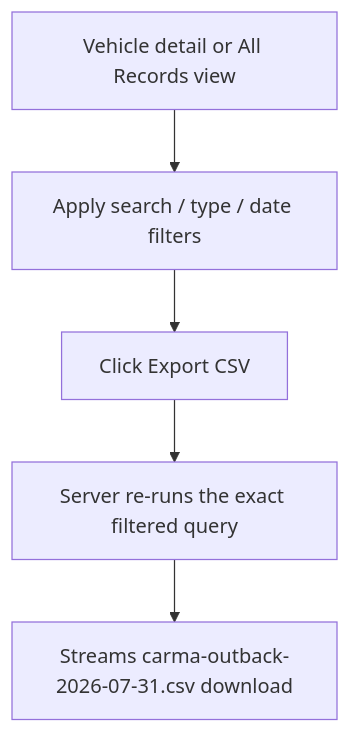
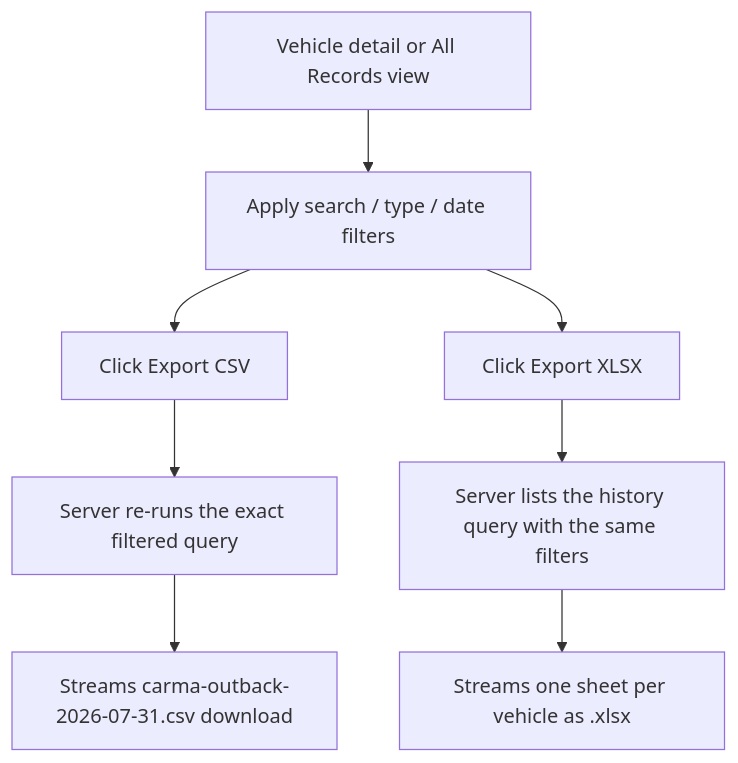
One commit to bitofbytes-io/carma changed the fourth of 4 diagrams in docs/UI.md. Above: the diagram before and after it, drawn with Mermaid. The commit also changed other lines of this file and 17 other files, not shown here.

First line of the commit message:
BOB-233: XLSX export of service history (#60)

````diff
--- a/docs/UI.md
+++ b/docs/UI.md
@@ -81,7 +81,10 @@
 ```mermaid
 flowchart TD
   A[Vehicle detail or All Records view] --> B[Apply search / type / date filters]
   B --> C[Click Export CSV]
   C --> D[Server re-runs the exact filtered query]
   D --> E[Streams carma-outback-2026-07-31.csv download]
+  B --> X[Click Export XLSX]
+  X --> Y[Server lists the history query with the same filters]
+  Y --> Z[Streams one sheet per vehicle as .xlsx]
 ```
````
